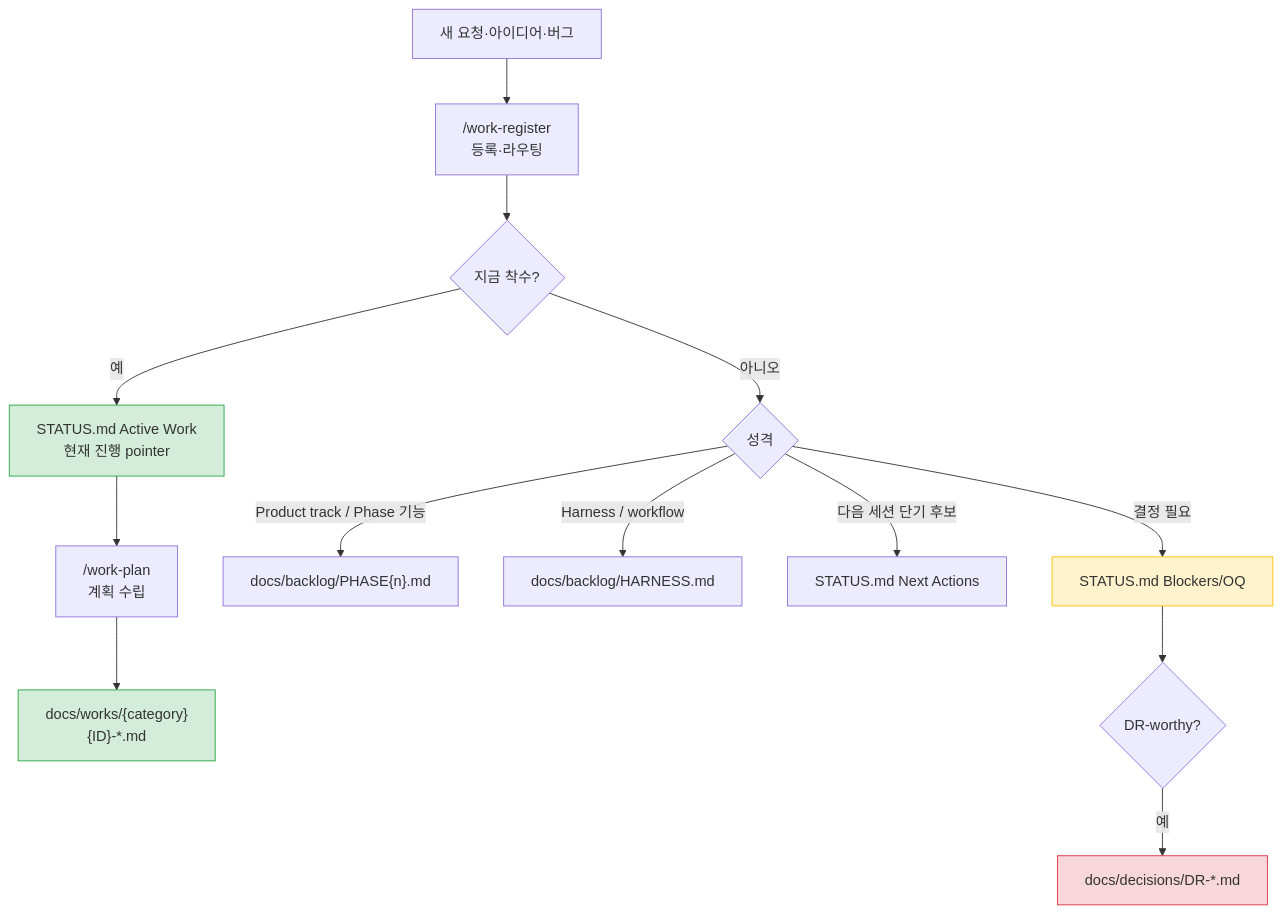
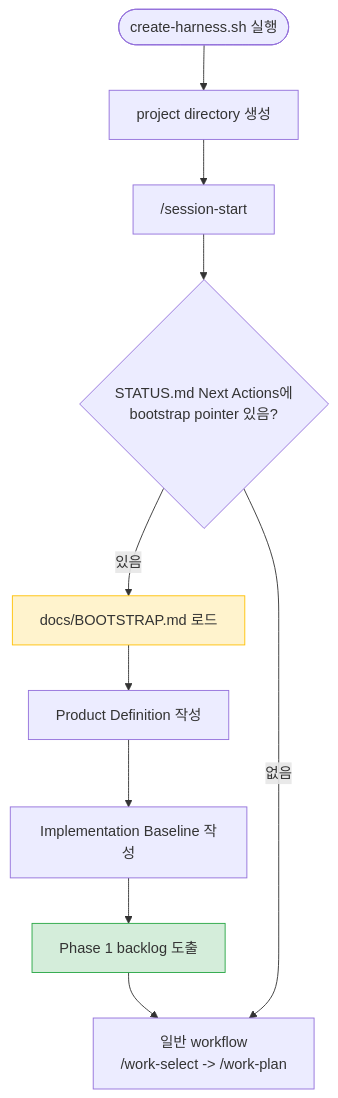
The second of 4 diagrams in README.md (kyungseo/ai-workflow-harness), drawn with Mermaid before and after one commit. The commit also changed other lines of this file and 7 other files, not shown here.

````diff
--- a/README.md
+++ b/README.md
@@ -301,23 +227,15 @@
 ```mermaid
 flowchart TD
-    NEW["새 요청·아이디어·버그"] --> REGISTER["/work-register\n등록·라우팅"]
-    REGISTER --> NOW{"지금 착수?"}
+    A(["create-harness.sh 실행"]) --> B["project directory 생성"]
+    B --> C["/session-start"]
+    C --> D{"STATUS.md Next Actions에\nbootstrap pointer 있음?"}
+    D -- "있음" --> E["docs/BOOTSTRAP.md 로드"]
+    E --> F["Product Definition 작성"]
+    F --> G["Implementation Baseline 작성"]
+    G --> H["Phase 1 backlog 도출"]
+    H --> I["일반 workflow\n/work-select -> /work-plan"]
+    D -- "없음" --> I
 
-    NOW -- "예" --> ACTIVE["STATUS.md Active Work\n현재 진행 pointer"]
-    ACTIVE --> WORK["/work-plan\n계획 수립"]
-    WORK --> WORKFILE["docs/works/{category}\n{ID}-*.md"]
-
-    NOW -- "아니오" --> TYPE{"성격"}
-    TYPE -- "Product track / Phase 기능" --> PHASE["docs/backlog/PHASE{n}.md"]
-    TYPE -- "Harness / workflow" --> HARNESS["docs/backlog/HARNESS.md"]
-    TYPE -- "다음 세션 단기 후보" --> NEXT["STATUS.md Next Actions"]
-    TYPE -- "결정 필요" --> OQ["STATUS.md Blockers/OQ"]
-
-    OQ --> DR{"DR-worthy?"}
-    DR -- "예" --> DECISION["docs/decisions/DR-*.md"]
-
-    style ACTIVE fill:#d4edda,stroke:#28a745
-    style WORKFILE fill:#d4edda,stroke:#28a745
-    style OQ fill:#fff3cd,stroke:#ffc107
-    style DECISION fill:#f8d7da,stroke:#dc3545
+    style E fill:#fff3cd,stroke:#ffc107
+    style H fill:#d4edda,stroke:#28a745
 ```
````
